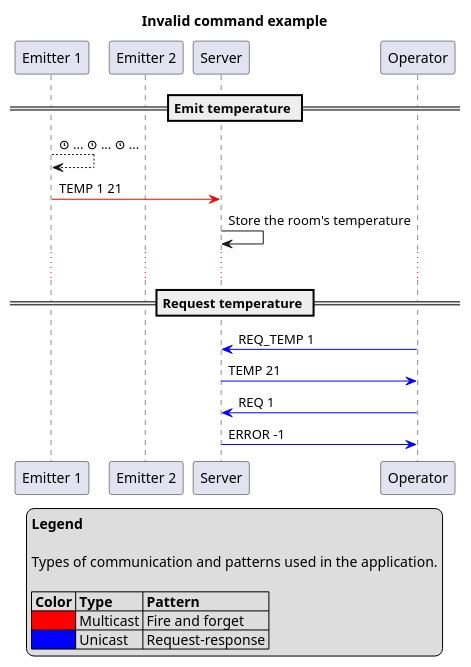
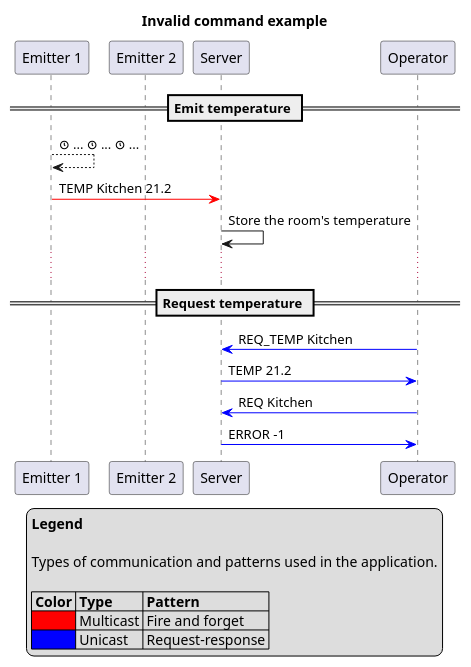
The diagram in 11-define-an-application-protocol/02-temperature-monitoring-application/images/example-4-invalid-command.plantuml (heig-vd-dai-course/heig-vd-dai-course-solutions), drawn with PlantUML before and after one commit. The commit also changed 10 other files, not shown here.

Commit message:
Improve "Temperature monitoring" UDP application (diagram + code) (#19)

```diff
--- a/11-define-an-application-protocol/02-temperature-monitoring-application/images/example-4-invalid-command.plantuml
+++ b/11-define-an-application-protocol/02-temperature-monitoring-application/images/example-4-invalid-command.plantuml
@@ -1,36 +1,36 @@
 @startuml invalid-command
 
 title "Invalid command example"
 
 participant "Emitter 1" as e1
 participant "Emitter 2" as e2
 participant "Server" as s
 participant "Operator" as o
 
 == Emit temperature ==
 
 e1 --> e1: <&clock> ... <&clock> ... <&clock> ...
-e1 -[#red]> s: TEMP 1 21
+e1 -[#red]> s: TEMP Kitchen 21.2
 s -> s: Store the room's temperature
 
 ...
 
 == Request temperature ==
 
-o -[#blue]> s: REQ_TEMP 1
-s -[#blue]> o: TEMP 21
+o -[#blue]> s: REQ_TEMP Kitchen
+s -[#blue]> o: TEMP 21.2
 
-o -[#blue]> s: REQ 1
+o -[#blue]> s: REQ Kitchen
 s -[#blue]> o: ERROR -1
 
 legend
 **Legend**
 
 Types of communication and patterns used in the application.
 
 | **Color** | **Type**  | **Pattern**      |
 | <#red>    | Multicast | Fire and forget  |
 | <#blue>   | Unicast   | Request-response |
 endlegend
 
 @enduml
```
